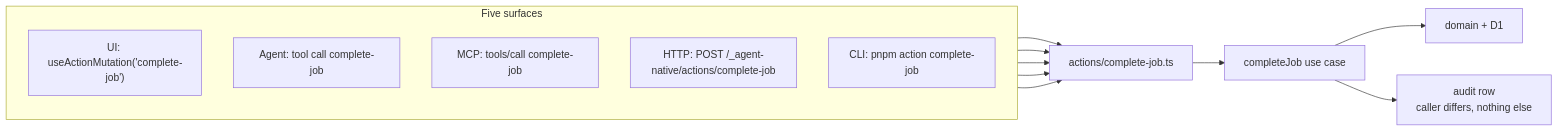
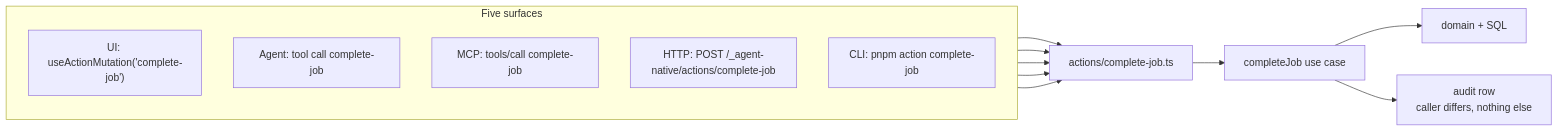
The fourth of 14 diagrams in ARCHITECTURE.md (anbergem/agent-native-clever-cloud-starter), drawn with Mermaid before and after one commit. The commit also changed other lines of this file and 15 other files, not shown here.

````diff
--- a/ARCHITECTURE.md
+++ b/ARCHITECTURE.md
@@ -186,19 +187,19 @@
 ```mermaid
 flowchart LR
   subgraph "Five surfaces"
     direction TB
     S1["UI: useActionMutation('complete-job')"]
     S2["Agent: tool call complete-job"]
     S3["MCP: tools/call complete-job"]
     S4["HTTP: POST /_agent-native/actions/complete-job"]
     S5["CLI: pnpm action complete-job"]
   end
   S1 --> ACT
   S2 --> ACT
   S3 --> ACT
   S4 --> ACT
   S5 --> ACT
   ACT["actions/complete-job.ts"] --> UC["completeJob use case"]
-  UC --> DOM["domain + D1"]
+  UC --> DOM["domain + SQL"]
   UC --> AUD["audit row<br/>caller differs, nothing else"]
 ```
````
